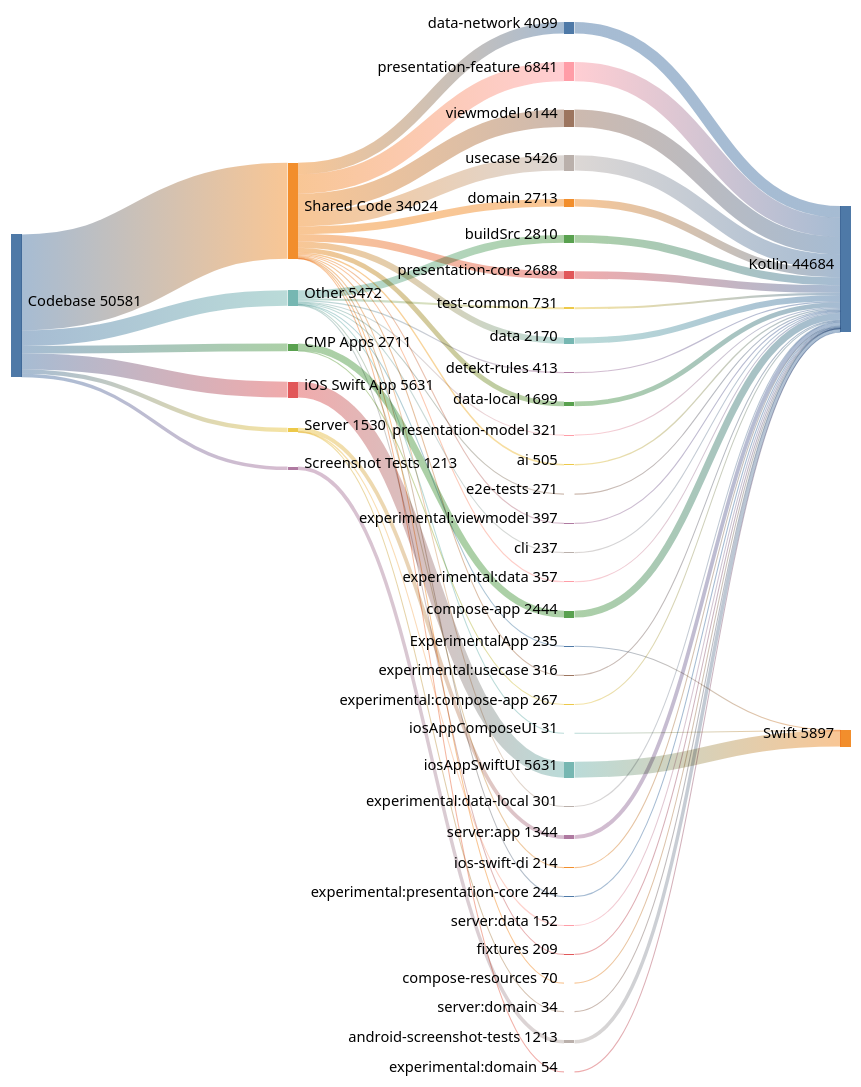
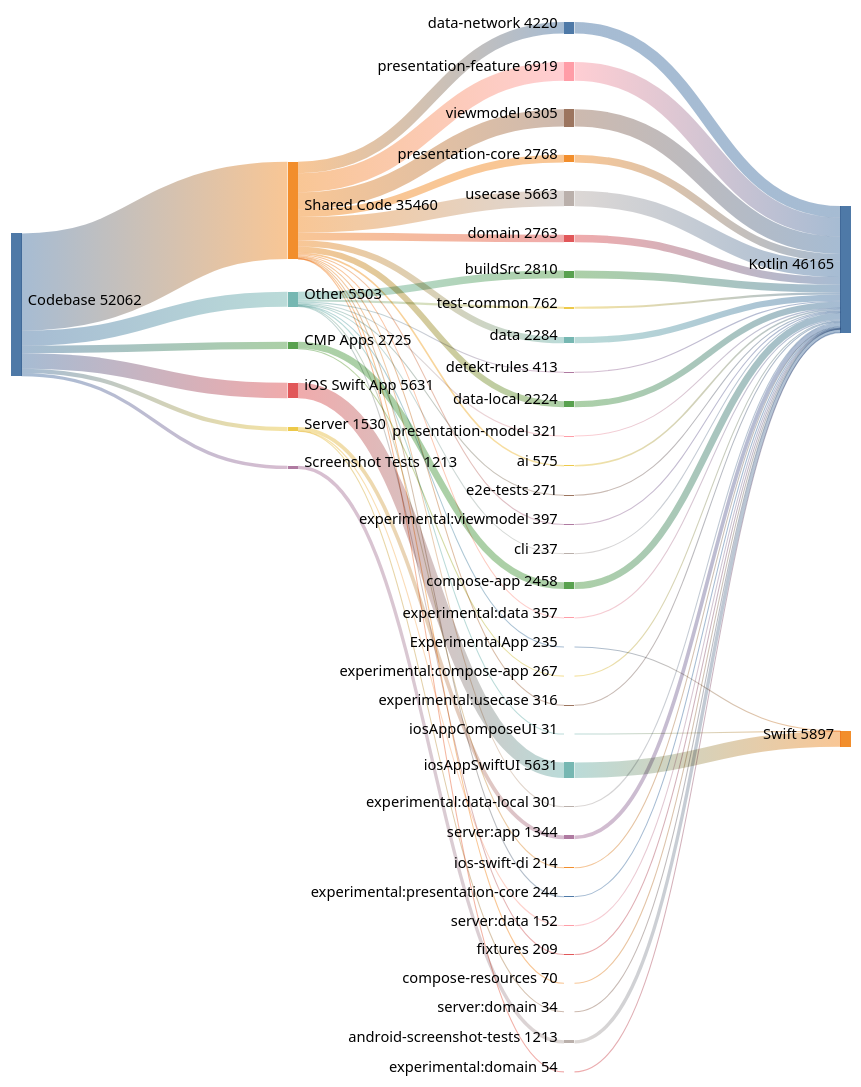
The second of 2 diagrams in README.md (cartland/battery-butler), drawn with Mermaid (neutral theme) before and after one commit. The commit also changed 2 other files, not shown here.

Commit message:
docs(generated): Regenerate architecture diagrams and analysis

```diff
--- a/README.md
+++ b/README.md
@@ -227,22 +227,22 @@
 %% GENERATED FILE - DO NOT EDIT
 sankey-beta
 
-Codebase,Shared Code,34024
+Codebase,Shared Code,35460
 Codebase,iOS Swift App,5631
-Codebase,Other,5472
-Codebase,CMP Apps,2711
+Codebase,Other,5503
+Codebase,CMP Apps,2725
 Codebase,Server,1530
 Codebase,Screenshot Tests,1213
 
-Shared Code,presentation-feature,6841
-Shared Code,viewmodel,6144
-Shared Code,usecase,5426
-Shared Code,data-network,4099
-Shared Code,domain,2713
-Shared Code,presentation-core,2688
-Shared Code,data,2170
-Shared Code,data-local,1699
-Shared Code,ai,505
+Shared Code,presentation-feature,6919
+Shared Code,viewmodel,6305
+Shared Code,usecase,5663
+Shared Code,data-network,4220
+Shared Code,presentation-core,2768
+Shared Code,domain,2763
+Shared Code,data,2284
+Shared Code,data-local,2224
+Shared Code,ai,575
 Shared Code,experimental:viewmodel,397
 Shared Code,experimental:data,357
 Shared Code,experimental:usecase,316
@@ -254,7 +254,7 @@
 iOS Swift App,iosAppSwiftUI,5631
 
 Other,buildSrc,2810
-Other,test-common,731
+Other,test-common,762
 Other,detekt-rules,413
 Other,presentation-model,321
 Other,e2e-tests,271
@@ -264,7 +264,7 @@
 Other,fixtures,209
 Other,iosAppComposeUI,31
 
-CMP Apps,compose-app,2444
+CMP Apps,compose-app,2458
 CMP Apps,experimental:compose-app,267
 
 Server,server:app,1344
@@ -273,21 +273,21 @@
 
 Screenshot Tests,android-screenshot-tests,1213
 
-presentation-feature,Kotlin,6841
-viewmodel,Kotlin,6144
+presentation-feature,Kotlin,6919
+viewmodel,Kotlin,6305
+usecase,Kotlin,5663
 iosAppSwiftUI,Swift,5631
-usecase,Kotlin,5426
-data-network,Kotlin,4099
+data-network,Kotlin,4220
 buildSrc,Kotlin,2810
-domain,Kotlin,2713
-presentation-core,Kotlin,2688
-compose-app,Kotlin,2444
-data,Kotlin,2170
-data-local,Kotlin,1699
+presentation-core,Kotlin,2768
+domain,Kotlin,2763
+compose-app,Kotlin,2458
+data,Kotlin,2284
+data-local,Kotlin,2224
 server:app,Kotlin,1344
 android-screenshot-tests,Kotlin,1213
-test-common,Kotlin,731
-ai,Kotlin,505
+test-common,Kotlin,762
+ai,Kotlin,575
 detekt-rules,Kotlin,413
 experimental:viewmodel,Kotlin,397
 experimental:data,Kotlin,357
```
